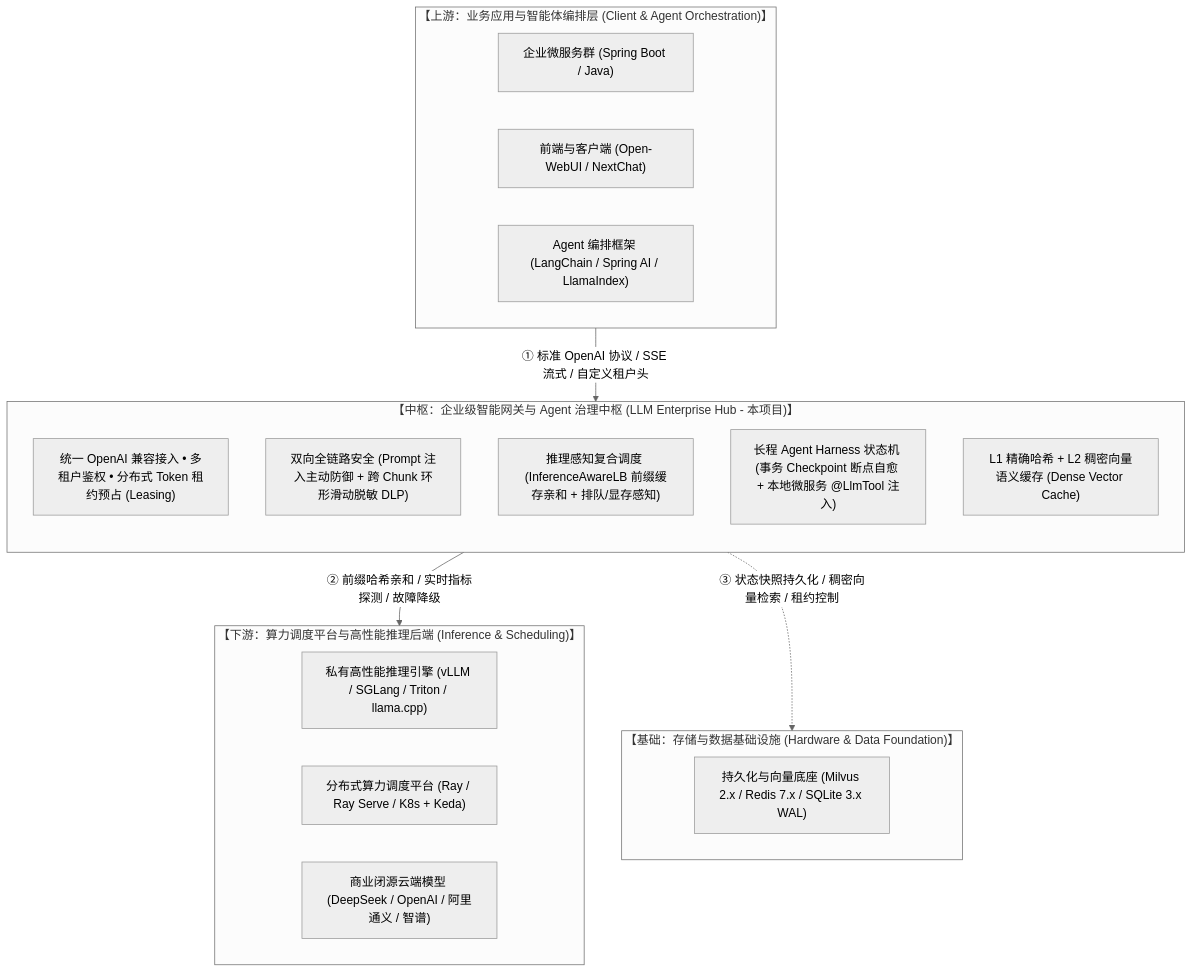
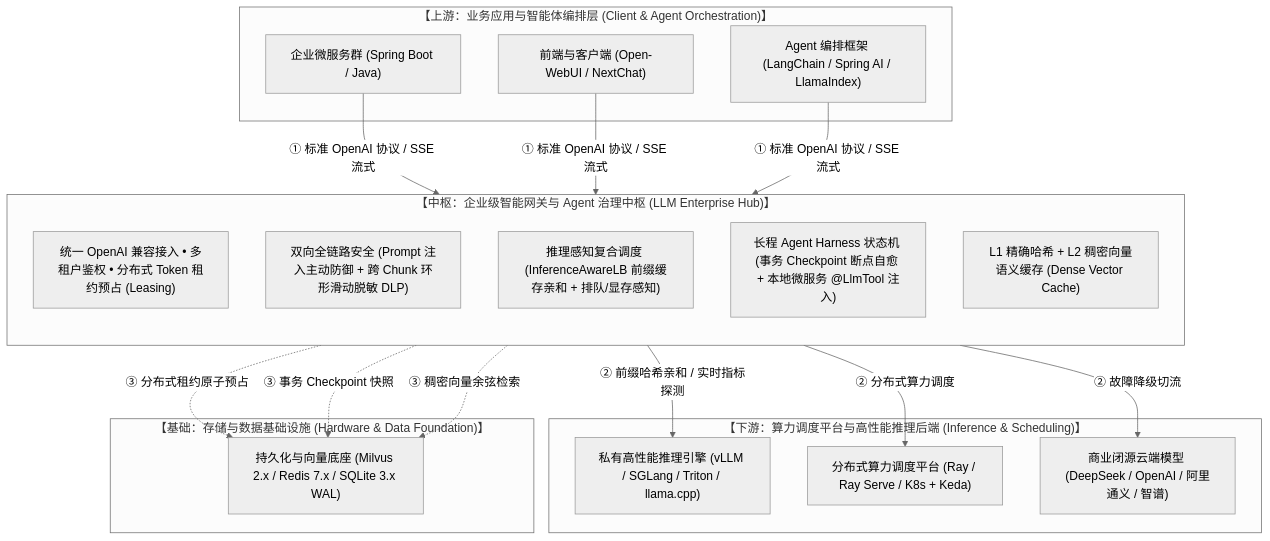
One commit to u8u7u87/llm-enterprise-hub changed the first of 2 diagrams in README.md. Above: the diagram before and after it, drawn with Mermaid (neutral theme). The commit also changed other lines of this file and 3 other files, not shown here.

Commit message:
fix(docs): resolve Unable to render rich display error by standardizing all Mermaid diagrams to robust node-based flowcharts and sequence diagrams

````diff
--- a/README.md
+++ b/README.md
@@ -42,31 +42,39 @@
 ```mermaid
 flowchart TD
     subgraph L1["【上游：业务应用与智能体编排层 (Client & Agent Orchestration)】"]
         App["企业微服务群 (Spring Boot / Java)"]
         UI["前端与客户端 (Open-WebUI / NextChat)"]
         Orch["Agent 编排框架 (LangChain / Spring AI / LlamaIndex)"]
     end
 
-    subgraph L2["【中枢：企业级智能网关与 Agent 治理中枢 (LLM Enterprise Hub - 本项目)】"]
+    subgraph L2["【中枢：企业级智能网关与 Agent 治理中枢 (LLM Enterprise Hub)】"]
         direction TB
         L2_1["统一 OpenAI 兼容接入 • 多租户鉴权 • 分布式 Token 租约预占 (Leasing)"]
         L2_2["双向全链路安全 (Prompt 注入主动防御 + 跨 Chunk 环形滑动脱敏 DLP)"]
         L2_3["推理感知复合调度 (InferenceAwareLB 前缀缓存亲和 + 排队/显存感知)"]
         L2_4["长程 Agent Harness 状态机 (事务 Checkpoint 断点自愈 + 本地微服务 @LlmTool 注入)"]
         L2_5["L1 精确哈希 + L2 稠密向量语义缓存 (Dense Vector Cache)"]
     end
 
     subgraph L3["【下游：算力调度平台与高性能推理后端 (Inference & Scheduling)】"]
         Engines["私有高性能推理引擎 (vLLM / SGLang / Triton / llama.cpp)"]
         Schedulers["分布式算力调度平台 (Ray / Ray Serve / K8s + Keda)"]
         CloudSaaS["商业闭源云端模型 (DeepSeek / OpenAI / 阿里通义 / 智谱)"]
     end
 
     subgraph L4["【基础：存储与数据基础设施 (Hardware & Data Foundation)】"]
         DB["持久化与向量底座 (Milvus 2.x / Redis 7.x / SQLite 3.x WAL)"]
     end
 
-    L1 -->|"① 标准 OpenAI 协议 / SSE 流式 / 自定义租户头"| L2
-    L2 -->|"② 前缀哈希亲和 / 实时指标探测 / 故障降级"| L3
-    L2 -.->|"③ 状态快照持久化 / 稠密向量检索 / 租约控制"| L4
+    App -->|"① 标准 OpenAI 协议 / SSE 流式"| L2_1
+    UI -->|"① 标准 OpenAI 协议 / SSE 流式"| L2_1
+    Orch -->|"① 标准 OpenAI 协议 / SSE 流式"| L2_1
+
+    L2_3 -->|"② 前缀哈希亲和 / 实时指标探测"| Engines
+    L2_3 -->|"② 分布式算力调度"| Schedulers
+    L2_3 -->|"② 故障降级切流"| CloudSaaS
+
+    L2_1 -.->|"③ 分布式租约原子预占"| DB
+    L2_4 -.->|"③ 事务 Checkpoint 快照"| DB
+    L2_5 -.->|"③ 稠密向量余弦检索"| DB
 ```
````
